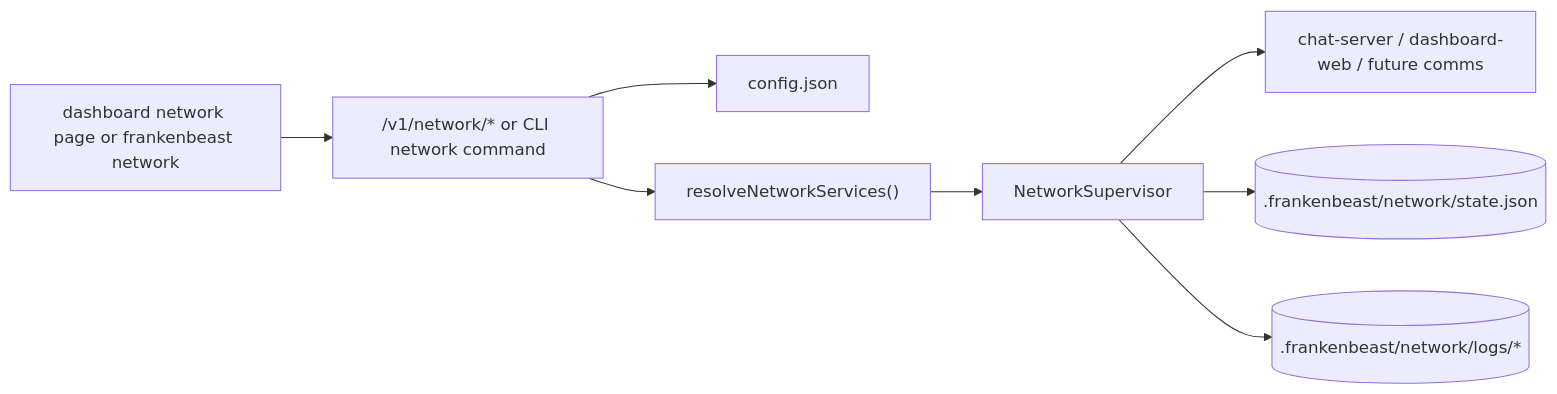
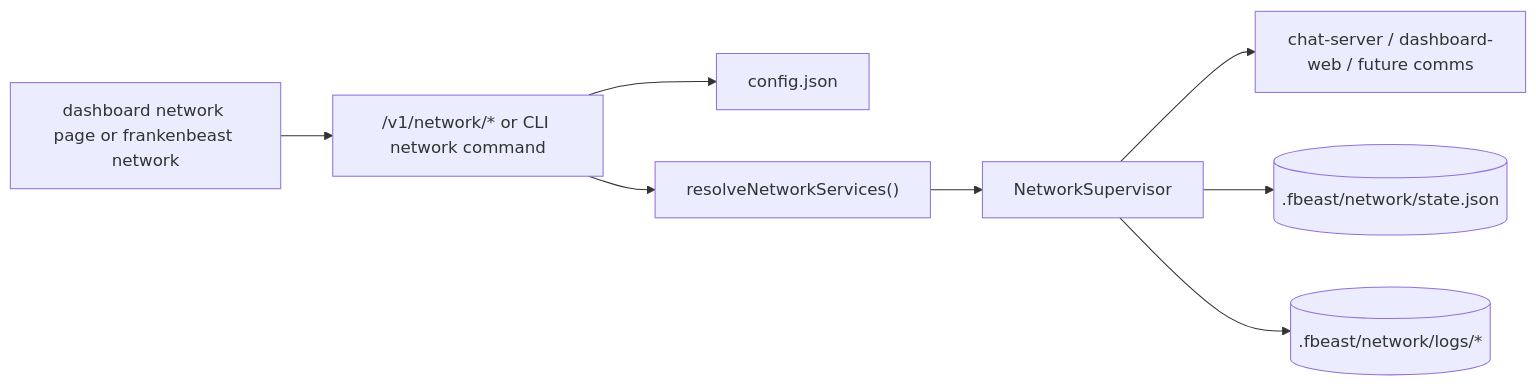
One commit to djm204/frankenbeast changed the tenth of 18 diagrams in docs/DATA_FLOW.md. Above: the diagram before and after it, drawn with Mermaid. The commit also changed other lines of this file and 49 other files, not shown here.

````diff
--- a/docs/DATA_FLOW.md
+++ b/docs/DATA_FLOW.md
@@ -369,18 +369,18 @@
 ```mermaid
 flowchart LR
     UI["dashboard network page or frankenbeast network"]
     Routes["/v1/network/* or CLI network command"]
     Config["config.json"]
     Registry["resolveNetworkServices()"]
     Supervisor["NetworkSupervisor"]
-    State[(".frankenbeast/network/state.json")]
-    Logs[(".frankenbeast/network/logs/*")]
+    State[(".fbeast/network/state.json")]
+    Logs[(".fbeast/network/logs/*")]
     Services["chat-server / dashboard-web / future comms"]
 
     UI --> Routes
     Routes --> Config
     Routes --> Registry --> Supervisor
     Supervisor --> Services
     Supervisor --> State
     Supervisor --> Logs
 ```
````
